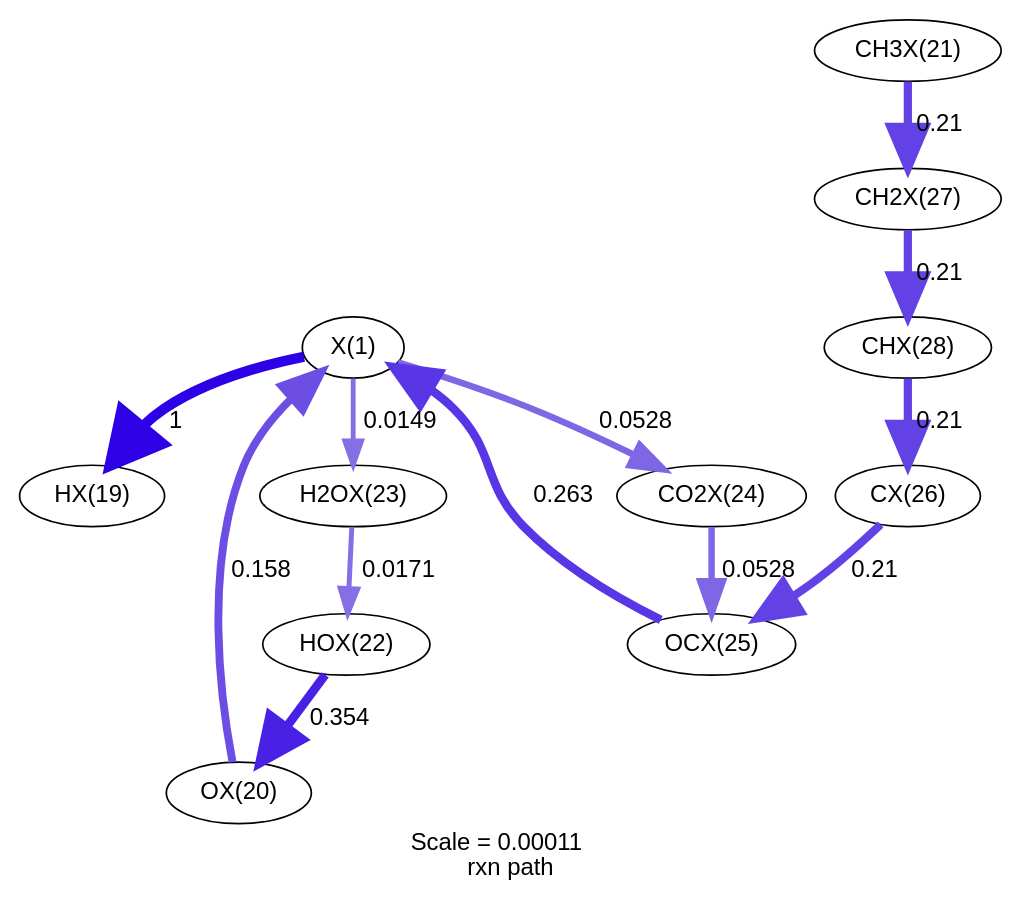
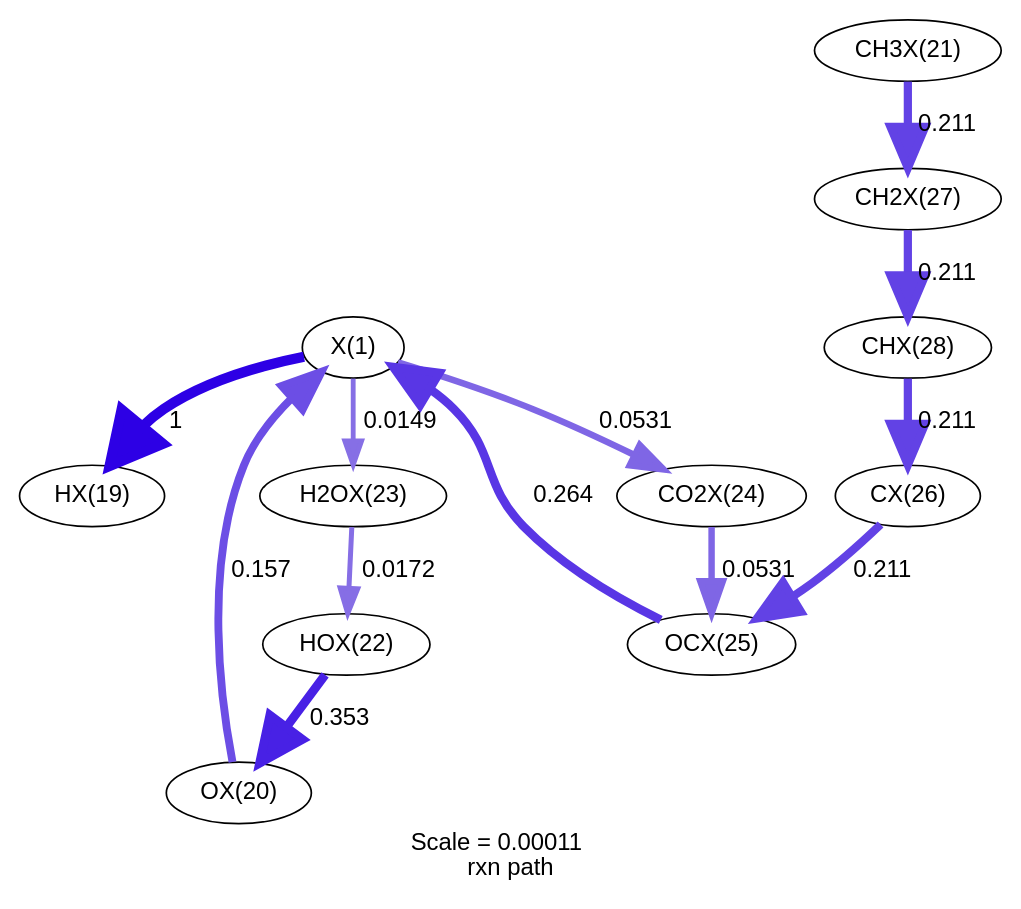
The diagram in rh/rxnpath/rxnpath-2.4-x-11.5mm.dot (comocheng/cpox), drawn with Graphviz before and after one commit. The commit also changed 501 other files, not shown here.

```diff
--- a/rh/rxnpath/rxnpath-2.4-x-11.5mm.dot
+++ b/rh/rxnpath/rxnpath-2.4-x-11.5mm.dot
@@ -1,40 +1,40 @@
 digraph reaction_paths {
 center=1;
-s22 -> s23[fontname="Helvetica", penwidth=6, arrowsize=3, color="0.7, 1.5, 0.9"
+s27 -> s28[fontname="Helvetica", penwidth=6, arrowsize=3, color="0.7, 1.5, 0.9"
 , label=" 1"];
-s24 -> s22[fontname="Helvetica", penwidth=4.61, arrowsize=2.3, color="0.7, 0.658, 0.9"
-, label=" 0.158"];
-s29 -> s22[fontname="Helvetica", penwidth=4.99, arrowsize=2.5, color="0.7, 0.763, 0.9"
-, label=" 0.263"];
-s22 -> s27[fontname="Helvetica", penwidth=2.83, arrowsize=1.41, color="0.7, 0.515, 0.9"
+s29 -> s27[fontname="Helvetica", penwidth=4.6, arrowsize=2.3, color="0.7, 0.657, 0.9"
+, label=" 0.157"];
+s34 -> s27[fontname="Helvetica", penwidth=4.99, arrowsize=2.5, color="0.7, 0.764, 0.9"
+, label=" 0.264"];
+s27 -> s32[fontname="Helvetica", penwidth=2.83, arrowsize=1.41, color="0.7, 0.515, 0.9"
 , label=" 0.0149"];
-s22 -> s28[fontname="Helvetica", penwidth=3.78, arrowsize=1.89, color="0.7, 0.553, 0.9"
-, label=" 0.0528"];
-s26 -> s24[fontname="Helvetica", penwidth=5.22, arrowsize=2.61, color="0.7, 0.854, 0.9"
-, label=" 0.354"];
-s27 -> s26[fontname="Helvetica", penwidth=2.93, arrowsize=1.46, color="0.7, 0.517, 0.9"
-, label=" 0.0171"];
-s25 -> s31[fontname="Helvetica", penwidth=4.82, arrowsize=2.41, color="0.7, 0.71, 0.9"
-, label=" 0.21"];
-s31 -> s32[fontname="Helvetica", penwidth=4.82, arrowsize=2.41, color="0.7, 0.71, 0.9"
-, label=" 0.21"];
-s32 -> s30[fontname="Helvetica", penwidth=4.82, arrowsize=2.41, color="0.7, 0.71, 0.9"
-, label=" 0.21"];
-s30 -> s29[fontname="Helvetica", penwidth=4.82, arrowsize=2.41, color="0.7, 0.71, 0.9"
-, label=" 0.21"];
-s28 -> s29[fontname="Helvetica", penwidth=3.78, arrowsize=1.89, color="0.7, 0.553, 0.9"
-, label=" 0.0528"];
-s22 [ fontname="Helvetica", label="X(1)"];
-s23 [ fontname="Helvetica", label="HX(19)"];
-s24 [ fontname="Helvetica", label="OX(20)"];
-s25 [ fontname="Helvetica", label="CH3X(21)"];
-s26 [ fontname="Helvetica", label="HOX(22)"];
-s27 [ fontname="Helvetica", label="H2OX(23)"];
-s28 [ fontname="Helvetica", label="CO2X(24)"];
-s29 [ fontname="Helvetica", label="OCX(25)"];
-s30 [ fontname="Helvetica", label="CX(26)"];
-s31 [ fontname="Helvetica", label="CH2X(27)"];
-s32 [ fontname="Helvetica", label="CHX(28)"];
+s27 -> s33[fontname="Helvetica", penwidth=3.78, arrowsize=1.89, color="0.7, 0.553, 0.9"
+, label=" 0.0531"];
+s31 -> s29[fontname="Helvetica", penwidth=5.21, arrowsize=2.61, color="0.7, 0.853, 0.9"
+, label=" 0.353"];
+s32 -> s31[fontname="Helvetica", penwidth=2.93, arrowsize=1.47, color="0.7, 0.517, 0.9"
+, label=" 0.0172"];
+s30 -> s36[fontname="Helvetica", penwidth=4.82, arrowsize=2.41, color="0.7, 0.711, 0.9"
+, label=" 0.211"];
+s36 -> s37[fontname="Helvetica", penwidth=4.82, arrowsize=2.41, color="0.7, 0.711, 0.9"
+, label=" 0.211"];
+s37 -> s35[fontname="Helvetica", penwidth=4.82, arrowsize=2.41, color="0.7, 0.711, 0.9"
+, label=" 0.211"];
+s35 -> s34[fontname="Helvetica", penwidth=4.82, arrowsize=2.41, color="0.7, 0.711, 0.9"
+, label=" 0.211"];
+s33 -> s34[fontname="Helvetica", penwidth=3.78, arrowsize=1.89, color="0.7, 0.553, 0.9"
+, label=" 0.0531"];
+s27 [ fontname="Helvetica", label="X(1)"];
+s28 [ fontname="Helvetica", label="HX(19)"];
+s29 [ fontname="Helvetica", label="OX(20)"];
+s30 [ fontname="Helvetica", label="CH3X(21)"];
+s31 [ fontname="Helvetica", label="HOX(22)"];
+s32 [ fontname="Helvetica", label="H2OX(23)"];
+s33 [ fontname="Helvetica", label="CO2X(24)"];
+s34 [ fontname="Helvetica", label="OCX(25)"];
+s35 [ fontname="Helvetica", label="CX(26)"];
+s36 [ fontname="Helvetica", label="CH2X(27)"];
+s37 [ fontname="Helvetica", label="CHX(28)"];
  label = "Scale = 0.00011\l rxn path";
  fontname = "Helvetica";
 }
```
